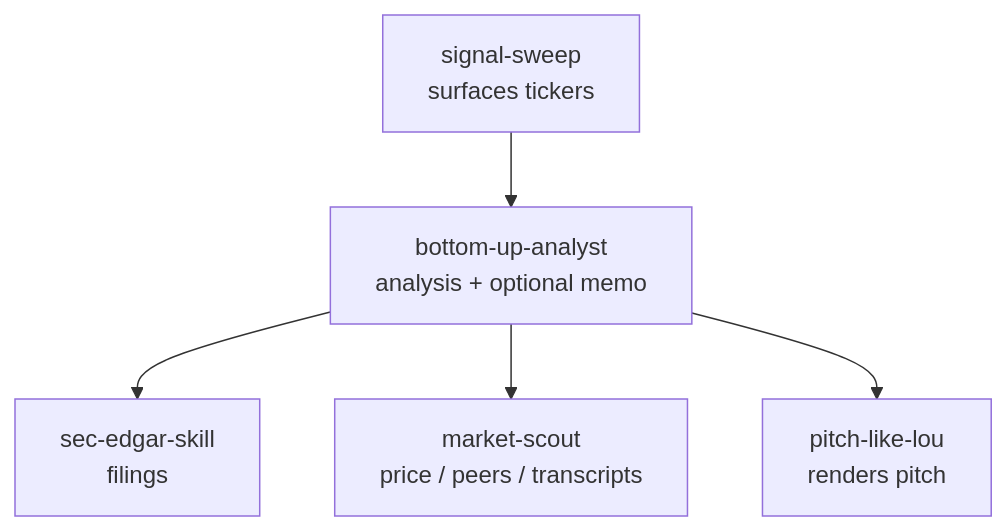
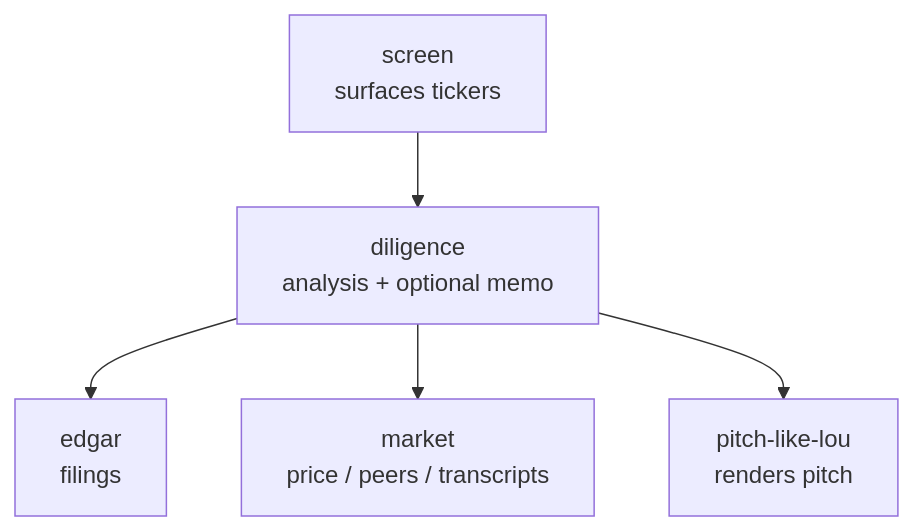
The diagram in context/MAP.md (eggmasonvalue/secstack), drawn with Mermaid before and after one commit. The commit also changed other lines of this file and 72 other files, not shown here.

Commit message:
refactor: rename research skills to screen, edgar, market, and diligence

````diff
--- a/context/MAP.md
+++ b/context/MAP.md
@@ -96,7 +96,7 @@
 ```mermaid
 flowchart TD
-    SS[signal-sweep<br/>surfaces tickers] --> BUA[bottom-up-analyst<br/>analysis + optional memo]
-    BUA --> SEC[sec-edgar-skill<br/>filings]
-    BUA --> MS[market-scout<br/>price / peers / transcripts]
-    BUA --> PLL[pitch-like-lou<br/>renders pitch]
+    SC[screen<br/>surfaces tickers] --> DIL[diligence<br/>analysis + optional memo]
+    DIL --> EDG[edgar<br/>filings]
+    DIL --> MKT[market<br/>price / peers / transcripts]
+    DIL --> PLL[pitch-like-lou<br/>renders pitch]
 ```
````
